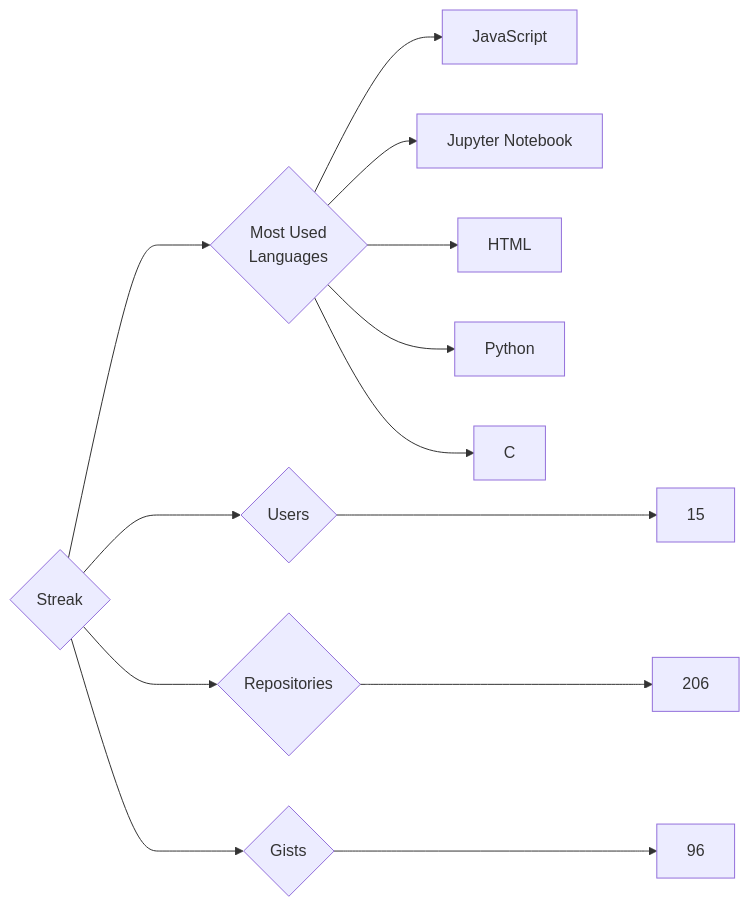
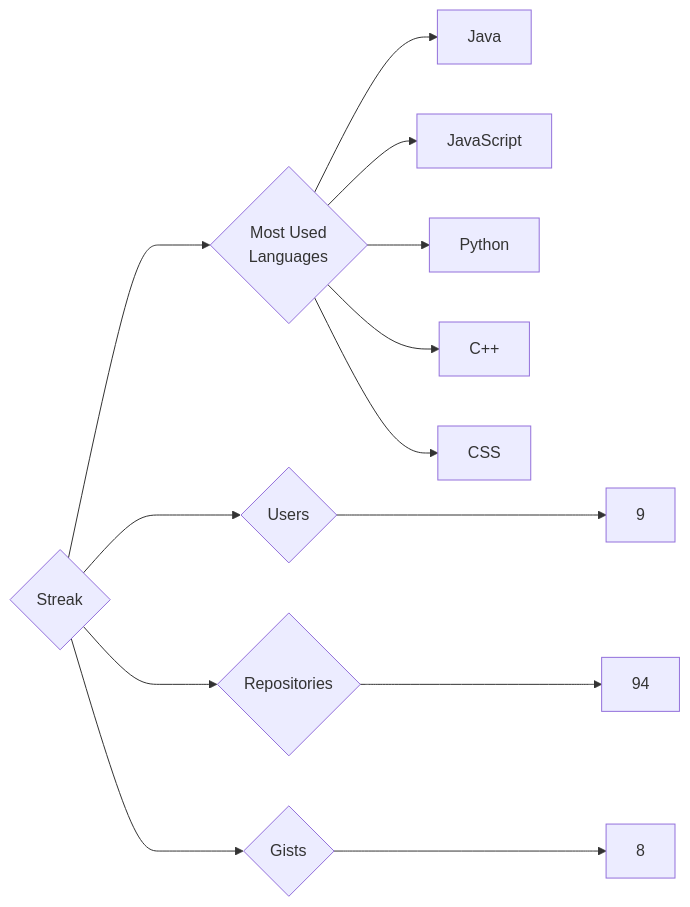
One commit to trickest/insiders changed the diagram in targets/Streak/README.md. Above: the diagram before and after it, drawn with Mermaid. The commit also changed 1479 other files, not shown here.

````diff
--- a/targets/Streak/README.md
+++ b/targets/Streak/README.md
@@ -3,13 +3,13 @@
 ```mermaid
 graph LR
 COMPANY_NAME{Streak}
-COMPANY_NAME ---> U{Users} ---> UN[15]
-COMPANY_NAME ---> R{Repositories} ---> RN[206]
-COMPANY_NAME ---> G{Gists} ---> GN[96]
+COMPANY_NAME ---> U{Users} ---> UN[9]
+COMPANY_NAME ---> R{Repositories} ---> RN[94]
+COMPANY_NAME ---> G{Gists} ---> GN[8]
 COMPANY_NAME ---> ML{Most Used<br>Languages}
+ML --> Java[Java]
 ML --> JavaScript[JavaScript]
-ML --> Jupyter_Notebook[Jupyter Notebook]
-ML --> HTML[HTML]
 ML --> Python[Python]
-ML --> C[C]
+ML --> C++[C++]
+ML --> CSS[CSS]
 ```
````
